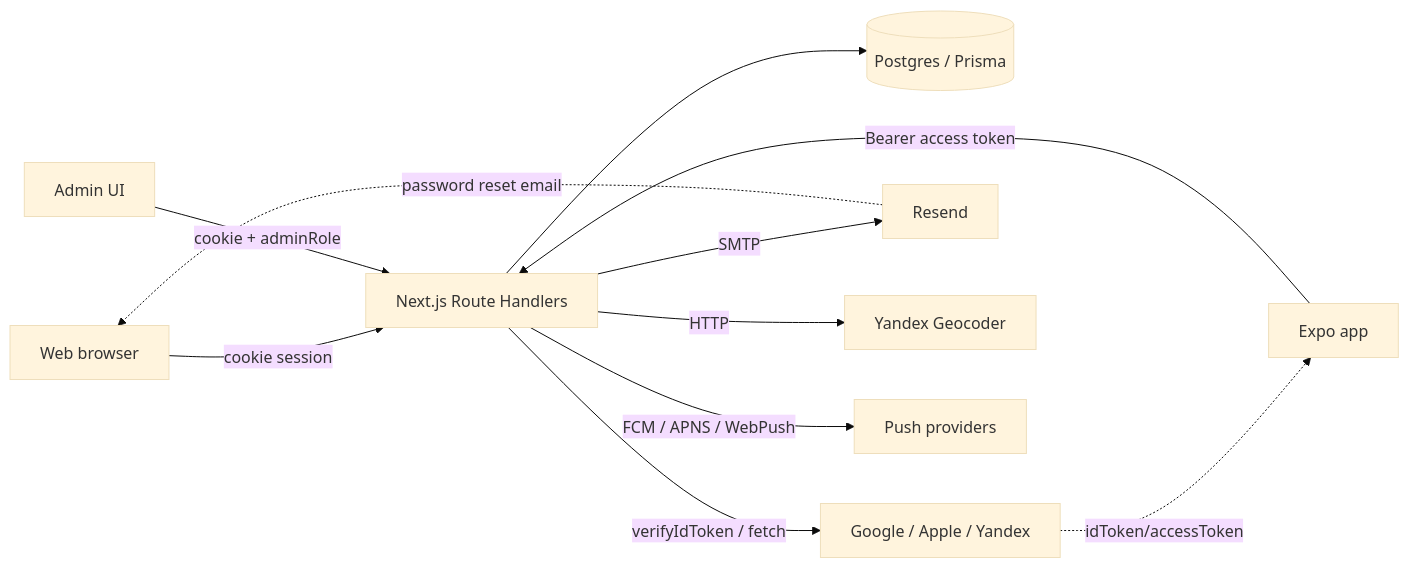
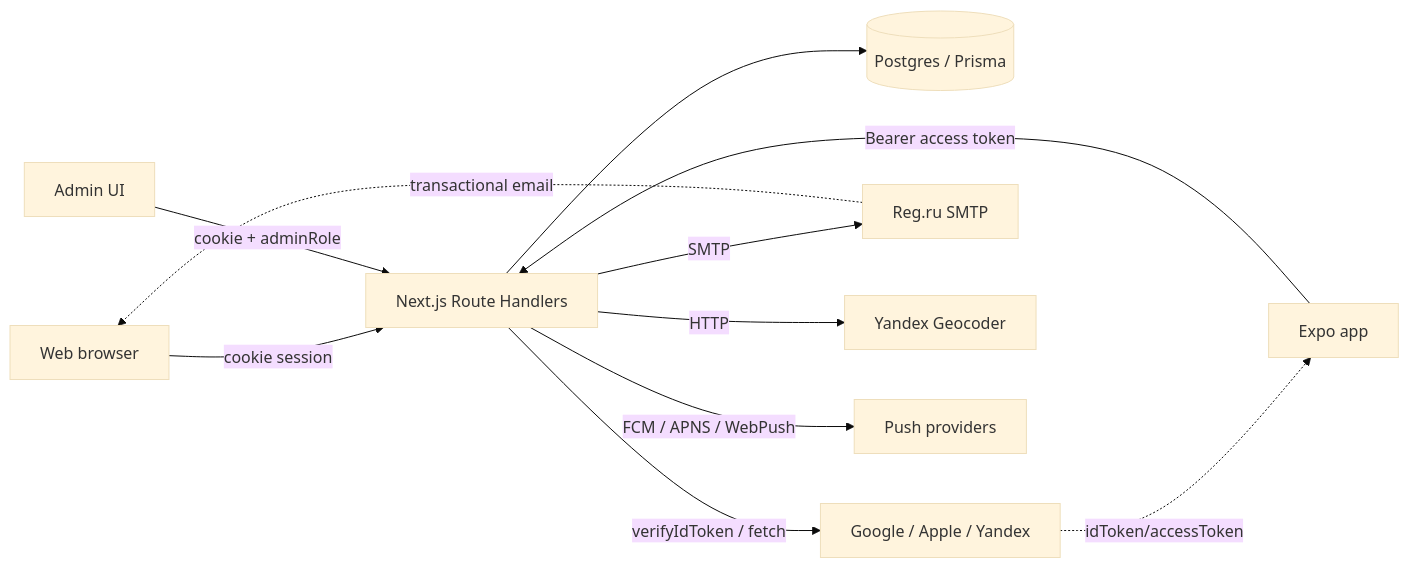
Before and after one commit to Leonidbond/mototwin: the first of 4 diagrams in docs/security/threat-model.md, drawn with Mermaid (base theme). The commit also changed other lines of this file and 14 other files, not shown here.

First line of the commit message:
Switch transactional email from Resend to Reg.ru SMTP.

````diff
--- a/docs/security/threat-model.md
+++ b/docs/security/threat-model.md
@@ -35,15 +35,15 @@
 ```mermaid
 flowchart LR
     Browser[Web browser] -->|"cookie session"| NextAPI[Next.js Route Handlers]
     Mobile[Expo app] -->|"Bearer access token"| NextAPI
     AdminUI[Admin UI] -->|"cookie + adminRole"| NextAPI
 
     NextAPI --> Postgres[(Postgres / Prisma)]
     NextAPI -->|"verifyIdToken / fetch"| OAuth[Google / Apple / Yandex]
-    NextAPI -->|"SMTP"| Resend[Resend]
+    NextAPI -->|"SMTP"| RegRuMail[Reg.ru SMTP]
     NextAPI -->|"HTTP"| Geocoder[Yandex Geocoder]
     NextAPI -->|"FCM / APNS / WebPush"| PushOut[Push providers]
 
     OAuth -.idToken/accessToken.-> Mobile
-    Resend -.password reset email.-> Browser
+    RegRuMail -.transactional email.-> Browser
 ```
````
